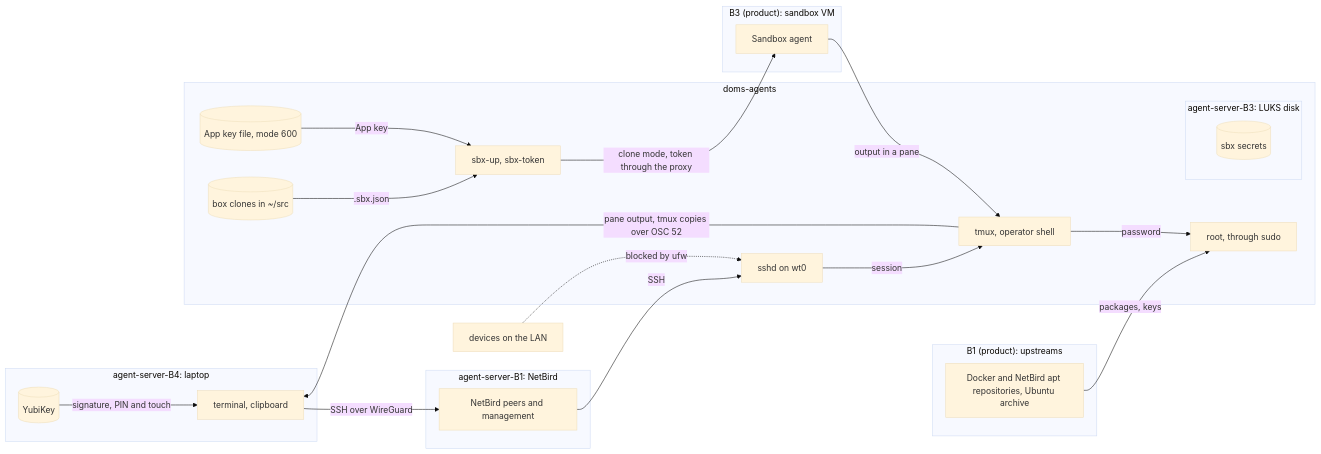
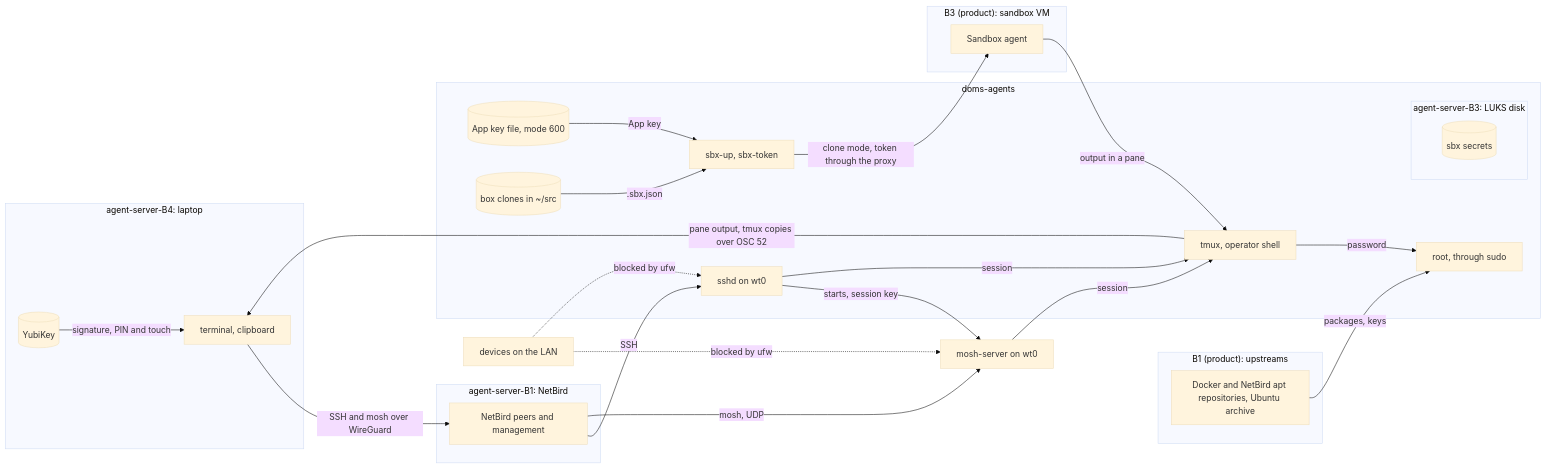
Before and after one commit to domtriola/dotfiles: the diagram in docs/threat-model/profile-agent-server.md, drawn with Mermaid (base theme). The commit also changed other lines of this file and 7 other files, not shown here.

First line of the commit message:
Add mosh for sessions from the Mac to agent-server

````diff
--- a/docs/threat-model/profile-agent-server.md
+++ b/docs/threat-model/profile-agent-server.md
@@ -83,41 +84,45 @@
 ```mermaid
 flowchart LR
   subgraph Internet["B1 (product): upstreams"]
     repos[Docker and NetBird apt repositories, Ubuntu archive]
   end
   subgraph Laptop["agent-server-B4: laptop"]
     term[terminal, clipboard]
     yk[(YubiKey)]
   end
   subgraph Overlay["agent-server-B1: NetBird"]
     nb[NetBird peers and management]
   end
   lan[devices on the LAN]
   subgraph Box["doms-agents"]
     sshd[sshd on wt0]
     tmux[tmux, operator shell]
     root[root, through sudo]
     keyfile[(App key file, mode 600)]
     clones[(box clones in ~/src)]
     sbxup[sbx-up, sbx-token]
     subgraph Disk["agent-server-B3: LUKS disk"]
       sbxsec[(sbx secrets)]
     end
   end
   subgraph Sandbox["B3 (product): sandbox VM"]
     agent[Sandbox agent]
   end
 
   yk -- signature, PIN and touch --> term
-  term -- SSH over WireGuard --> nb
+  term -- SSH and mosh over WireGuard --> nb
   nb -- SSH --> sshd
+  nb -- mosh, UDP --> moshd[mosh-server on wt0]
+  sshd -- starts, session key --> moshd
+  moshd -- session --> tmux
   lan -. blocked by ufw .-> sshd
+  lan -. blocked by ufw .-> moshd
   sshd -- session --> tmux
   tmux -- password --> root
   tmux -- pane output, tmux copies over OSC 52 --> term
   repos -- packages, keys --> root
   keyfile -- App key --> sbxup
   clones -- .sbx.json --> sbxup
   sbxup -- clone mode, token through the proxy --> agent
   agent -- output in a pane --> tmux
 ```
````
